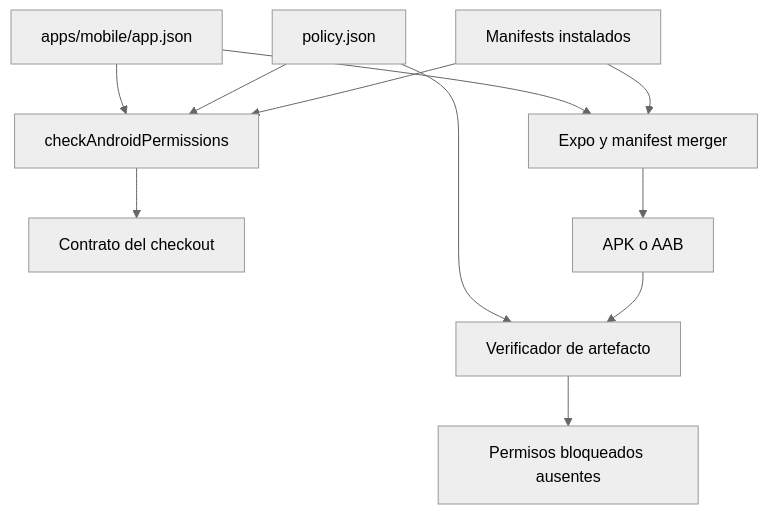
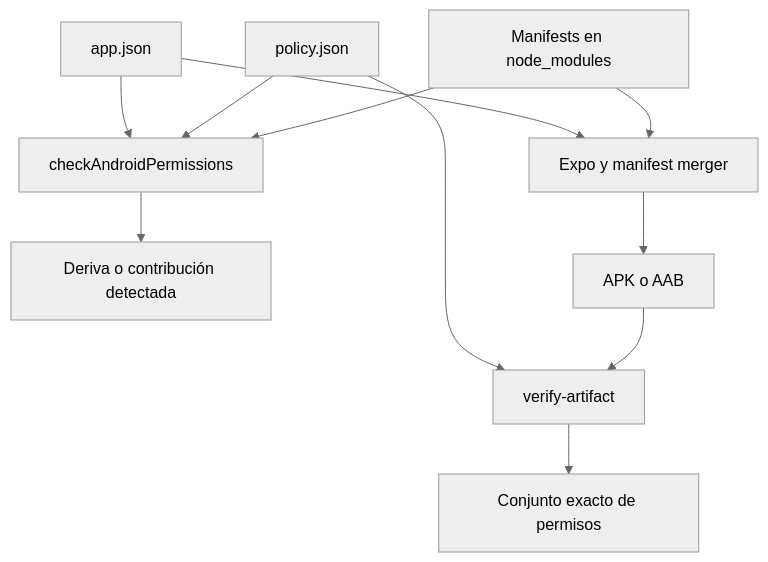
The first of 2 diagrams in openwiki/operations/android-permissions.md (maximofn/gymnasia), drawn with Mermaid (neutral theme) before and after one commit. The commit also changed other lines of this file and 52 other files, not shown here.

````diff
--- a/openwiki/operations/android-permissions.md
+++ b/openwiki/operations/android-permissions.md
@@ -64,13 +64,13 @@
 ```mermaid
 flowchart TD
-    Config["apps/mobile/app.json"] --> Local["checkAndroidPermissions"]
-    Policy["policy.json"] --> Local
-    Dependencies["Manifests instalados"] --> Local
-    Local --> Checkout["Contrato del checkout"]
-    Config --> Build["Expo y manifest merger"]
-    Dependencies --> Build
-    Build --> Artifact["APK o AAB"]
-    Policy --> ArtifactCheck["Verificador de artefacto"]
+    Config["app.json"] --> CheckoutCheck["checkAndroidPermissions"]
+    Policy["policy.json"] --> CheckoutCheck
+    Dependencies["Manifests en node_modules"] --> CheckoutCheck
+    CheckoutCheck --> CheckoutResult["Deriva o contribución detectada"]
+    Config --> NativeBuild["Expo y manifest merger"]
+    Dependencies --> NativeBuild
+    NativeBuild --> Artifact["APK o AAB"]
+    Policy --> ArtifactCheck["verify-artifact"]
     Artifact --> ArtifactCheck
-    ArtifactCheck --> Release["Permisos bloqueados ausentes"]
+    ArtifactCheck --> ReleaseGate["Conjunto exacto de permisos"]
 ```
````
